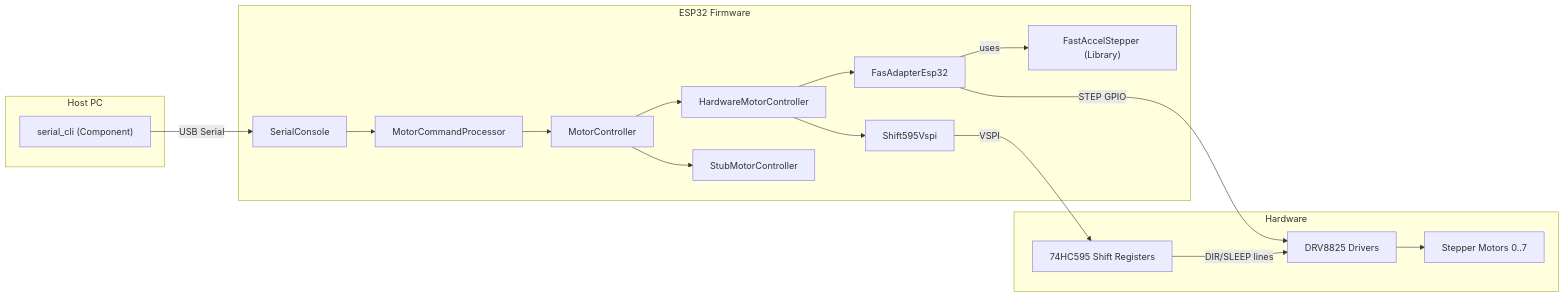
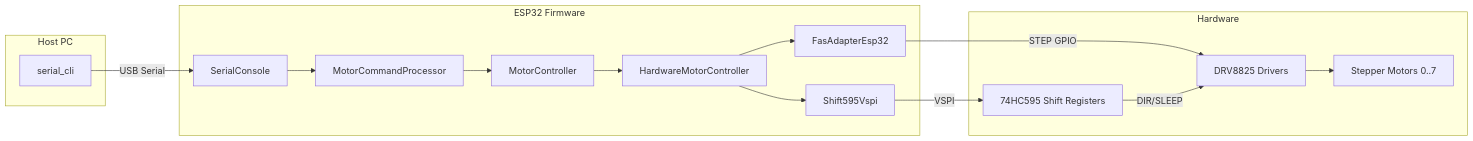
Before and after one commit to szerintedmi/kinetic-mirror-matrix-esp32: the diagram in README.md, drawn with Mermaid. The commit also changed other lines of this file and 7 other files, not shown here.

````diff
--- a/README.md
+++ b/README.md
@@ -39,36 +19,27 @@
 ```mermaid
 flowchart LR
   subgraph "Host PC"
-    CLI["serial_cli (Component)"]
+    CLI["serial_cli"]
   end
 
   subgraph "ESP32 Firmware"
     Console["SerialConsole"]
     MCP["MotorCommandProcessor"]
     MC["MotorController"]
     HWC["HardwareMotorController"]
-    STUB["StubMotorController"]
     FAS["FasAdapterEsp32"]
-    FASLib["FastAccelStepper (Library)"]
     SR["Shift595Vspi"]
   end
 
   subgraph "Hardware"
     DRV["DRV8825 Drivers"]
     SRIC["74HC595 Shift Registers"]
     Motors["Stepper Motors 0..7"]
   end
 
   CLI -->|USB Serial| Console
-  Console --> MCP
-  MCP --> MC
-  MC --> HWC
-  MC --> STUB
-  HWC --> FAS
-  HWC --> SR
-  FAS -->|uses| FASLib
-  FAS -->|STEP GPIO| DRV
-  SR -->|VSPI| SRIC
-  SRIC -->|DIR/SLEEP lines| DRV
+  Console --> MCP --> MC --> HWC
+  HWC --> FAS -->|STEP GPIO| DRV
+  HWC --> SR -->|VSPI| SRIC -->|DIR/SLEEP| DRV
   DRV --> Motors
 ```
````
